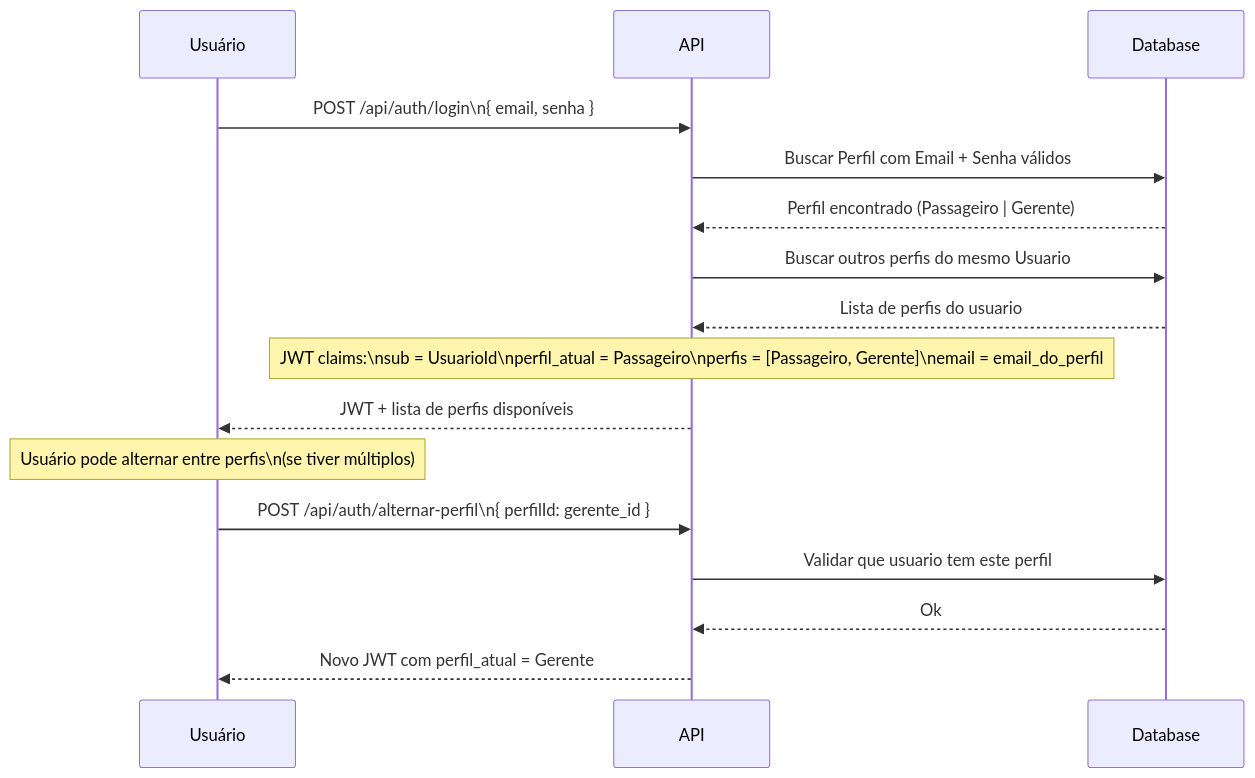
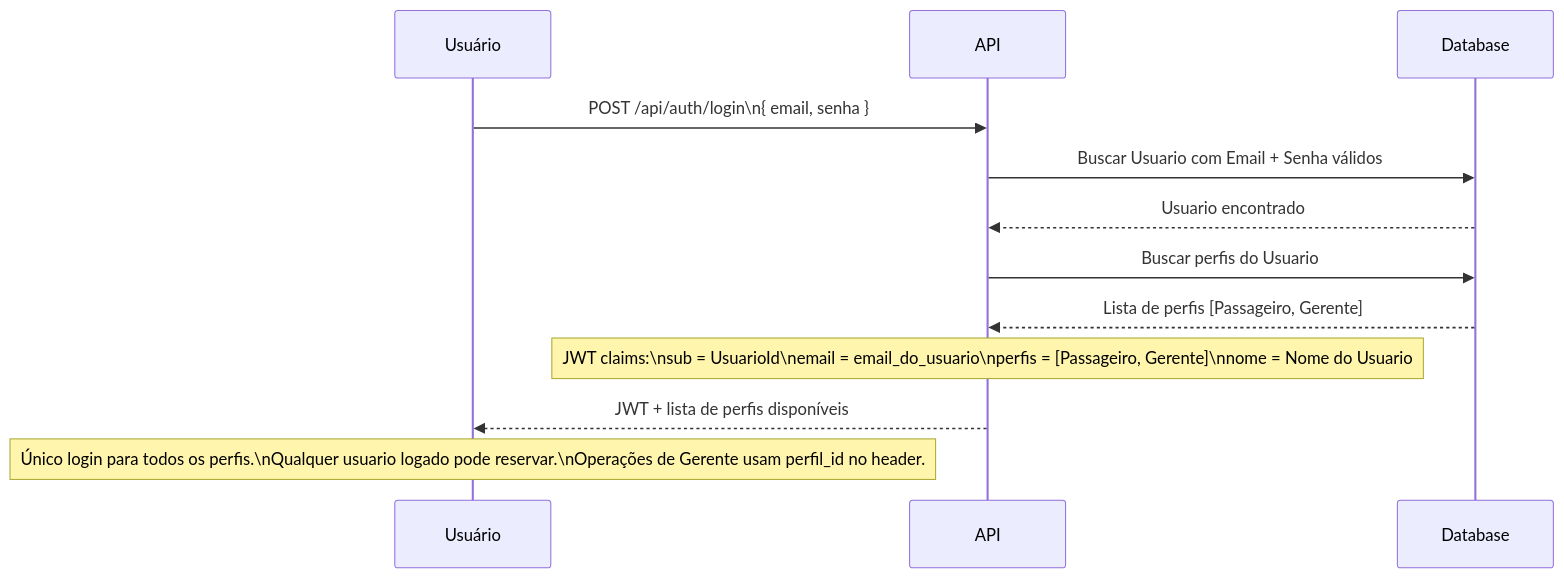
Before and after one commit to zico10-arthur/BackEnd-VanBora: the fourth of 4 diagrams in plans/technical-plan.md, drawn with Mermaid. The commit also changed other lines of this file and 3 other files, not shown here.

````diff
--- a/plans/technical-plan.md
+++ b/plans/technical-plan.md
@@ -411,23 +470,18 @@
 ```mermaid
 sequenceDiagram
     participant U as Usuário
     participant API as API
     participant DB as Database
     
     U->>API: POST /api/auth/login\n{ email, senha }
-    API->>DB: Buscar Perfil com Email + Senha válidos
-    DB-->>API: Perfil encontrado (Passageiro | Gerente)
-    API->>DB: Buscar outros perfis do mesmo Usuario
-    DB-->>API: Lista de perfis do usuario
+    API->>DB: Buscar Usuario com Email + Senha válidos
+    DB-->>API: Usuario encontrado
+    API->>DB: Buscar perfis do Usuario
+    DB-->>API: Lista de perfis [Passageiro, Gerente]
     
-    Note over API: JWT claims:\nsub = UsuarioId\nperfil_atual = Passageiro\nperfis = [Passageiro, Gerente]\nemail = email_do_perfil
+    Note over API: JWT claims:\nsub = UsuarioId\nemail = email_do_usuario\nperfis = [Passageiro, Gerente]\nnome = Nome do Usuario
     
     API-->>U: JWT + lista de perfis disponíveis
     
-    Note over U: Usuário pode alternar entre perfis\n(se tiver múltiplos)
-    
-    U->>API: POST /api/auth/alternar-perfil\n{ perfilId: gerente_id }
-    API->>DB: Validar que usuario tem este perfil
-    DB-->>API: Ok
-    API-->>U: Novo JWT com perfil_atual = Gerente
+    Note over U: Único login para todos os perfis.\nQualquer usuario logado pode reservar.\nOperações de Gerente usam perfil_id no header.
 ```
````
